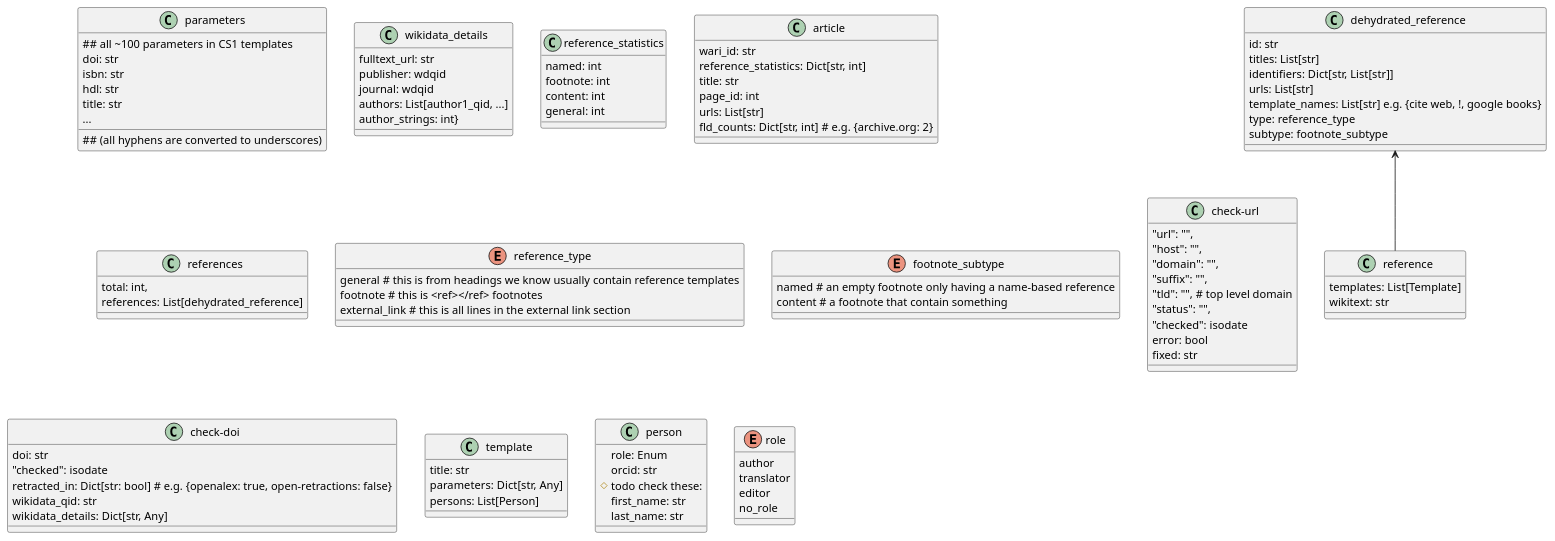
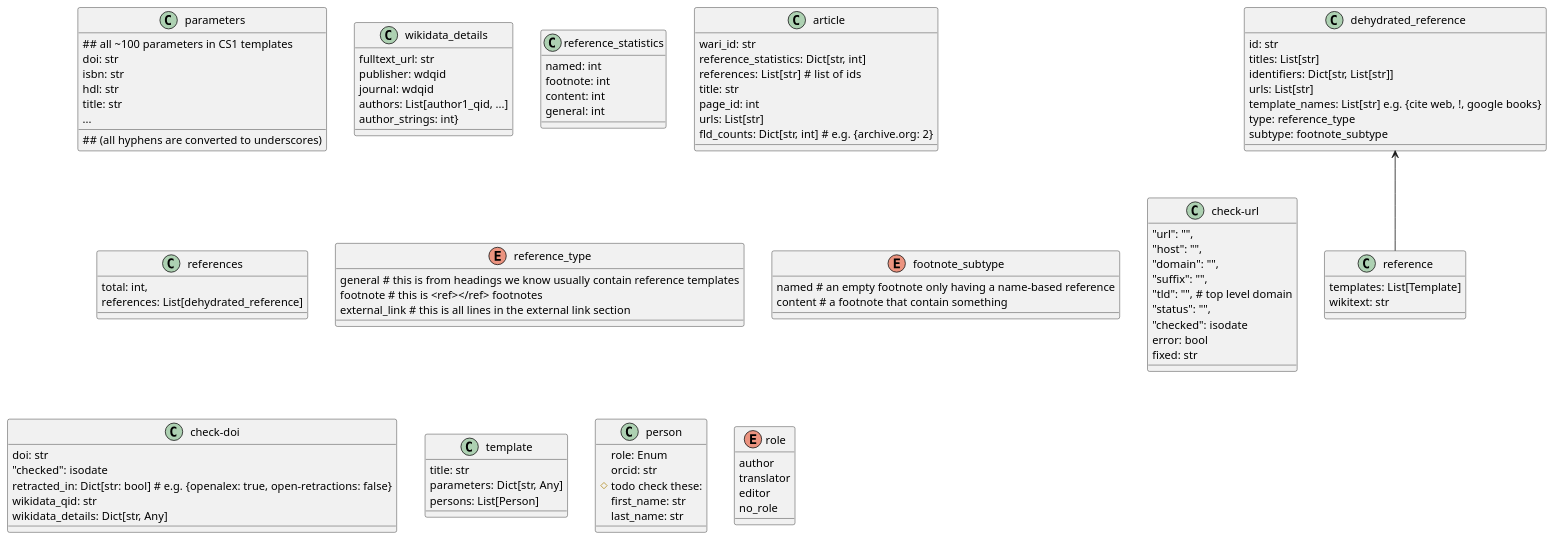
Before and after one commit to internetarchive/iari: the diagram in diagrams/wari/classes.puml, drawn with PlantUML. The commit also changed 40 other files, not shown here.

```diff
--- a/diagrams/wari/classes.puml
+++ b/diagrams/wari/classes.puml
@@ -1,100 +1,101 @@
 @startuml
 'https://plantuml.com/class-diagram
 
 'class references_count{
 'total: int
 '}
 class parameters{
 ## all ~100 parameters in CS1 templates
 ## (all hyphens are converted to underscores)
 doi: str
 isbn: str
 hdl: str
 title: str
 ...
 }
 class wikidata_details{
 fulltext_url: str
 publisher: wdqid
 journal: wdqid
 authors: List[author1_qid, ...]
 author_strings: int}
 }
 class reference_statistics{
 named: int
 footnote: int
 content: int
 general: int
 }
 class article{
 wari_id: str
 reference_statistics: Dict[str, int]
+references: List[str] #  list of ids
 title: str
 page_id: int
 urls: List[str]
 fld_counts: Dict[str, int] # e.g. {archive.org: 2}
 }
 class references{
 total: int,
 references: List[dehydrated_reference]
 }
 class reference{
 templates: List[Template]
 wikitext: str
 }
 enum reference_type{
 general # this is from headings we know usually contain reference templates
 footnote # this is <ref></ref> footnotes
 external_link # this is all lines in the external link section
 }
 enum footnote_subtype{
 named # an empty footnote only having a name-based reference
 content # a footnote that contain something
 }
 class dehydrated_reference {
 id: str
 titles: List[str]
 identifiers: Dict[str, List[str]]
 urls: List[str]
 template_names: List[str] e.g. {cite web, !, google books}
 type: reference_type
 subtype: footnote_subtype
 }
 dehydrated_reference <-- reference
 class check-url{
 "url": "",
 "host": "",
 "domain": "",
 "suffix": "",
 "tld": "", # top level domain
 "status": "",
 "checked": isodate
 error: bool
 fixed: str
 }
 class check-doi{
 doi: str
 "checked": isodate
 retracted_in: Dict[str: bool] # e.g. {openalex: true, open-retractions: false}
 wikidata_qid: str
 wikidata_details: Dict[str, Any]
 }
 class template{
 title: str
 parameters: Dict[str, Any]
 persons: List[Person]
 }
 class person{
 role: Enum
 orcid: str
 # todo check these:
 first_name: str
 last_name: str
 }
 enum role{
 author
 translator
 editor
 no_role
 }
 @enduml
```
